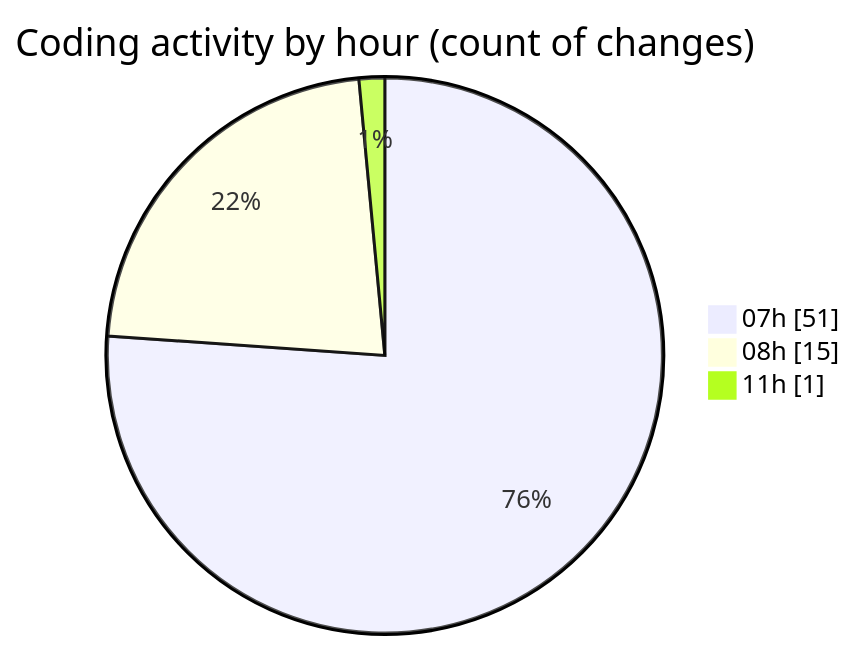
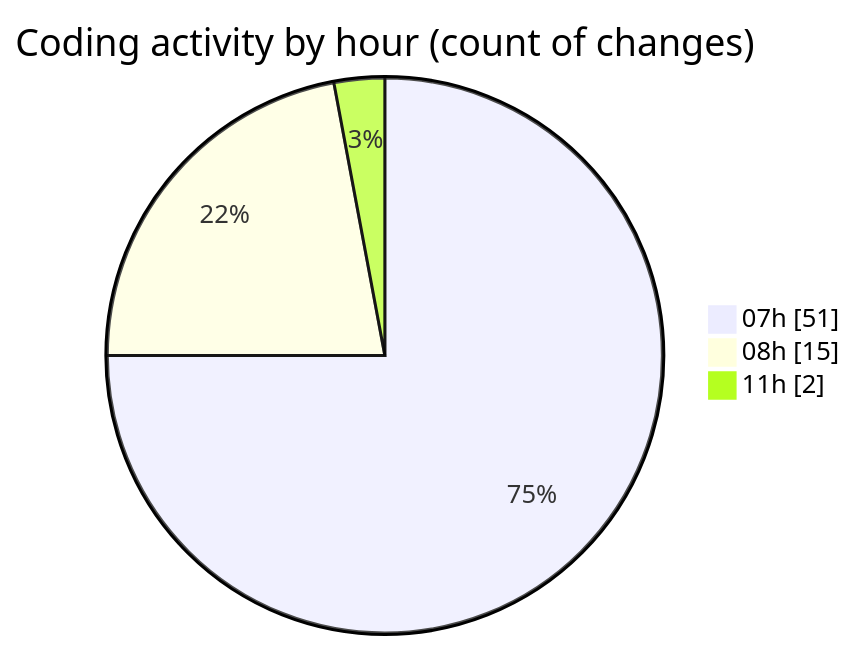
The second of 2 diagrams in 2025-01-17/mbc-web/README.md (robertbonfada/code-tracking), drawn with Mermaid before and after one commit. The commit also changed other lines of this file and 1 other file, not shown here.

````diff
--- a/2025-01-17/mbc-web/README.md
+++ b/2025-01-17/mbc-web/README.md
@@ -43,7 +43,7 @@
 ```mermaid
 pie showData
 title Coding activity by hour (count of changes)
 "07h" : 51
 "08h" : 15
-"11h" : 1
+"11h" : 2
 ```
````
